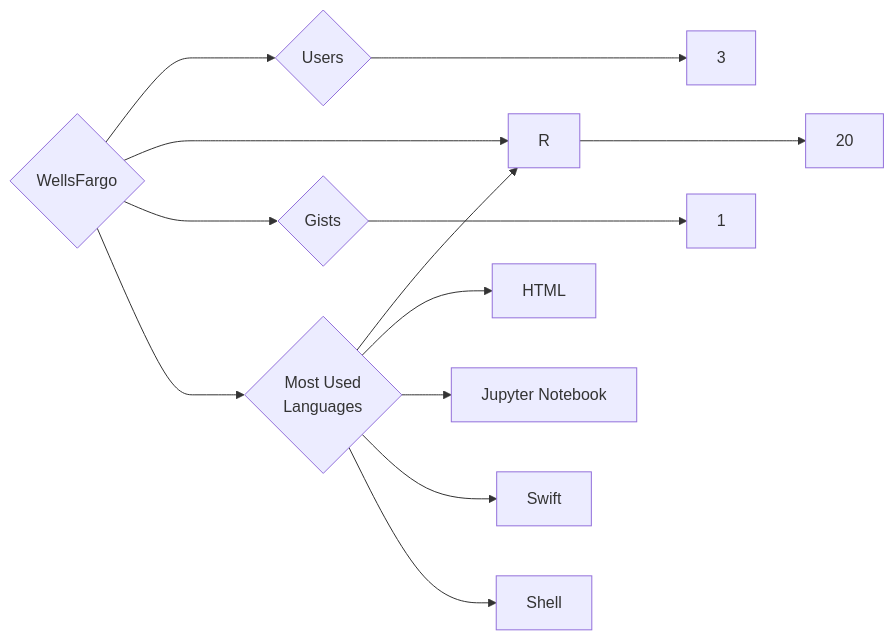
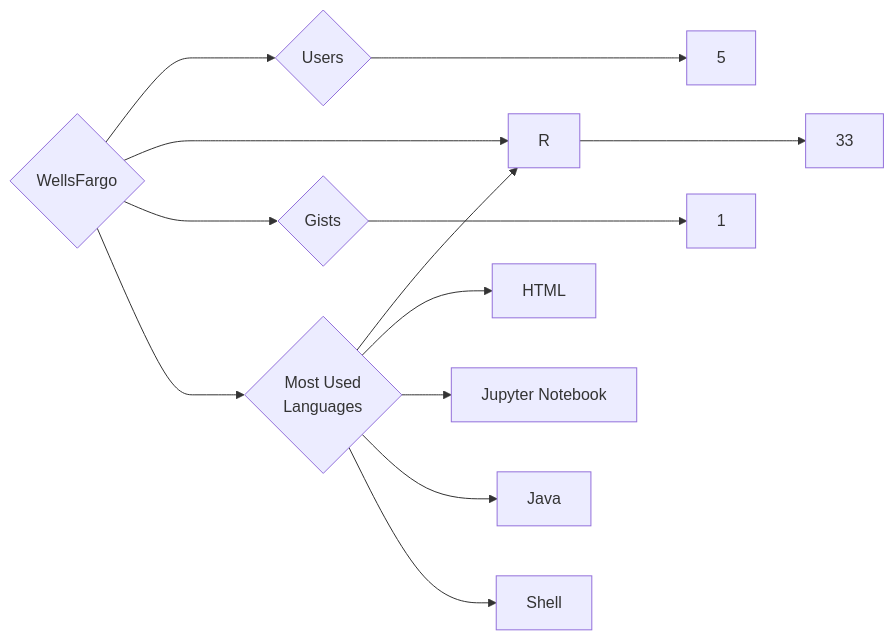
Before and after one commit to trickest/insiders: the diagram in targets/WellsFargo/README.md, drawn with Mermaid. The commit also changed 835 other files, not shown here.

````diff
--- a/targets/WellsFargo/README.md
+++ b/targets/WellsFargo/README.md
@@ -3,13 +3,13 @@
 ```mermaid
 graph LR
 COMPANY_NAME{WellsFargo}
-COMPANY_NAME ---> U{Users} ---> UN[3]
-COMPANY_NAME ---> R{Repositories} ---> RN[20]
+COMPANY_NAME ---> U{Users} ---> UN[5]
+COMPANY_NAME ---> R{Repositories} ---> RN[33]
 COMPANY_NAME ---> G{Gists} ---> GN[1]
 COMPANY_NAME ---> ML{Most Used<br>Languages}
 ML --> R[R]
 ML --> HTML[HTML]
 ML --> Jupyter_Notebook[Jupyter Notebook]
-ML --> Swift[Swift]
+ML --> Java[Java]
 ML --> Shell[Shell]
 ```
````
